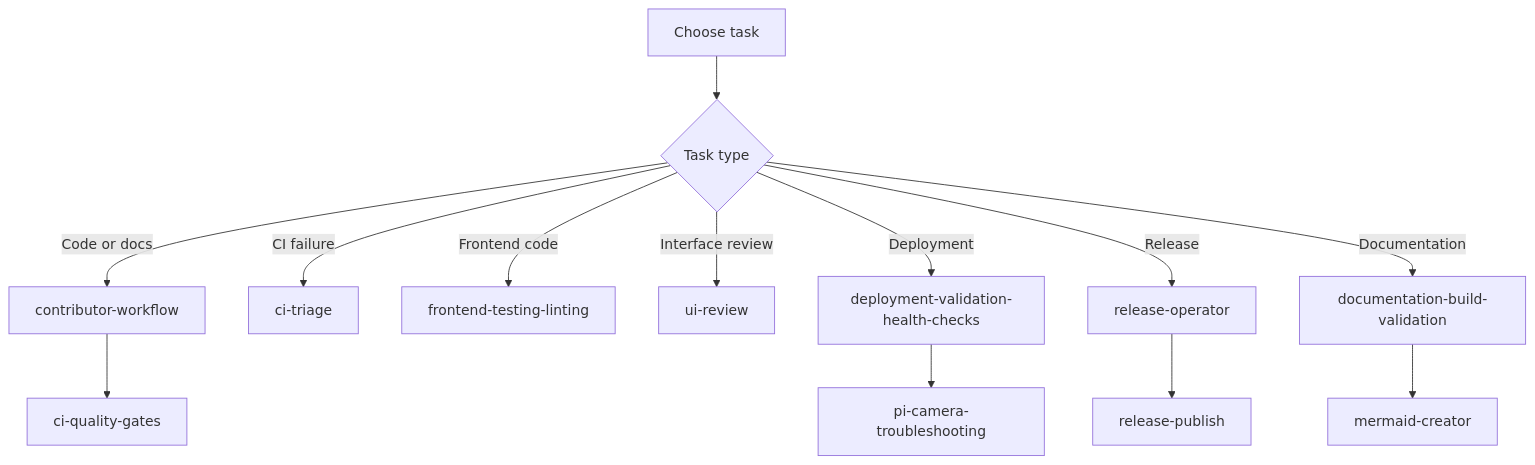
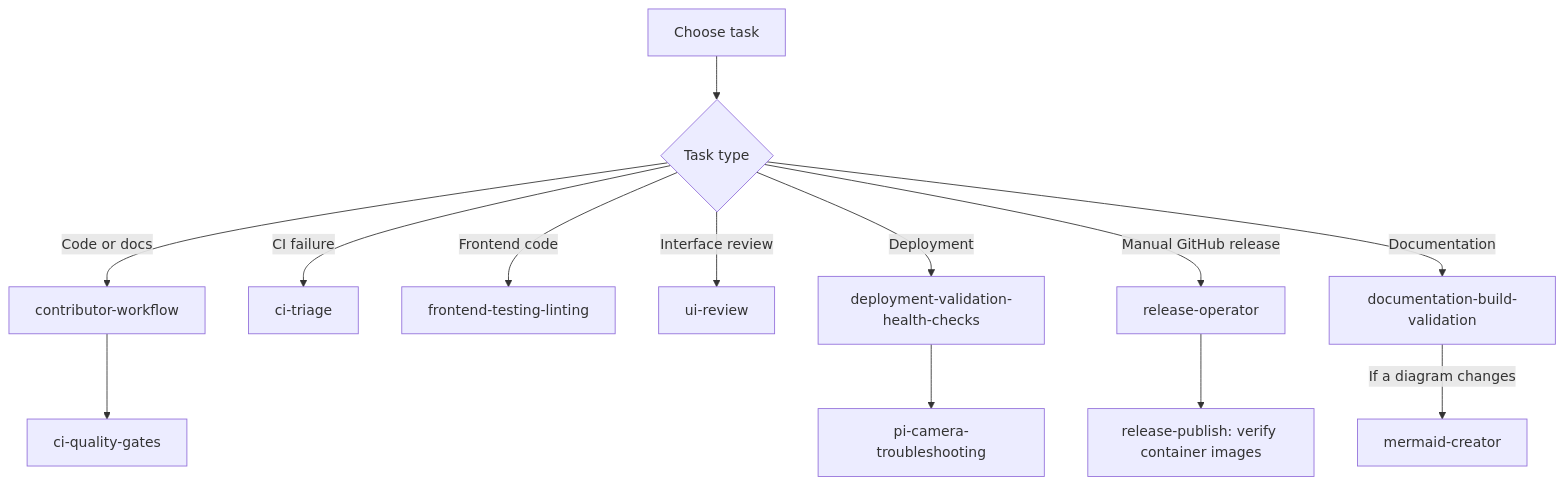
The diagram in .github/skills/README.md (CyanAutomation/motioninocean), drawn with Mermaid before and after one commit. The commit also changed other lines of this file and 5 other files, not shown here.

````diff
--- a/.github/skills/README.md
+++ b/.github/skills/README.md
@@ -26,15 +26,15 @@
 ```mermaid
 flowchart TD
     A[Choose task] --> B{Task type}
     B -->|Code or docs| C[contributor-workflow]
     C --> D[ci-quality-gates]
     B -->|CI failure| E[ci-triage]
     B -->|Frontend code| F[frontend-testing-linting]
     B -->|Interface review| G[ui-review]
     B -->|Deployment| H[deployment-validation-health-checks]
     H --> I[pi-camera-troubleshooting]
-    B -->|Release| J[release-operator]
-    J --> K[release-publish]
+    B -->|Manual GitHub release| J[release-operator]
+    J --> K[release-publish: verify container images]
     B -->|Documentation| L[documentation-build-validation]
-    L --> M[mermaid-creator]
+    L -->|If a diagram changes| M[mermaid-creator]
 ```
````
